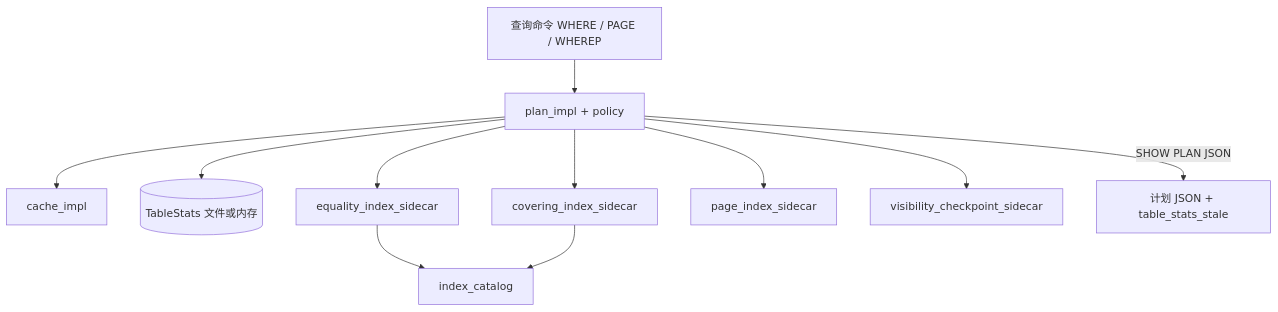
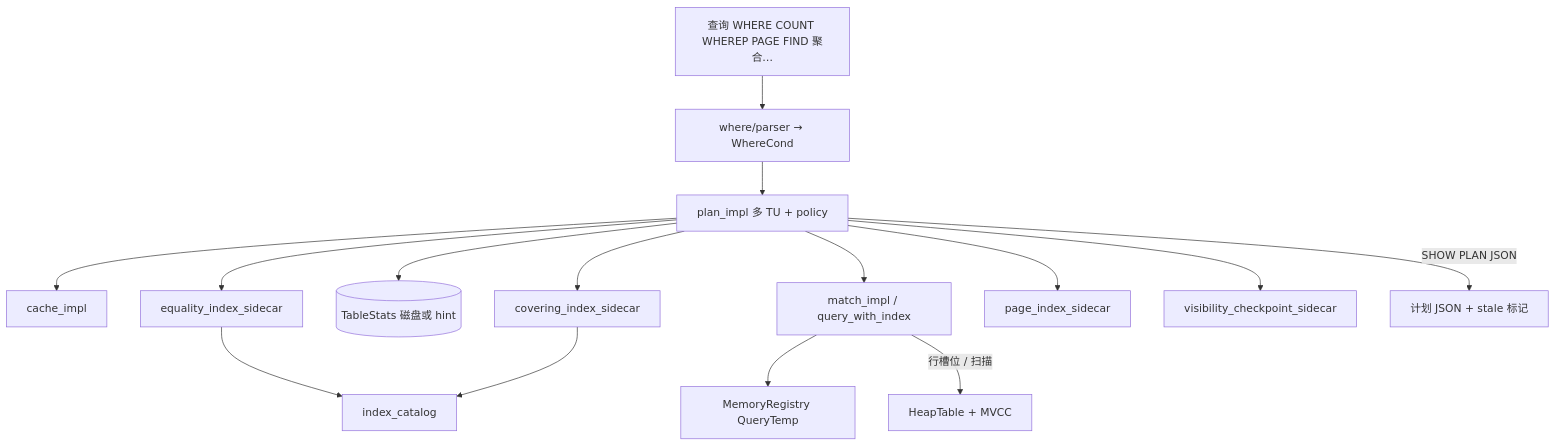
One commit to skyline019/database changed the eighth of 17 diagrams in newdb/docs/architecture/PROJECT_DATAFLOW_WHOLE.md. Above: the diagram before and after it, drawn with Mermaid. The commit also changed other lines of this file, not shown here.

````diff
--- a/newdb/docs/architecture/PROJECT_DATAFLOW_WHOLE.md
+++ b/newdb/docs/architecture/PROJECT_DATAFLOW_WHOLE.md
@@ -281,23 +446,30 @@
 ```mermaid
 flowchart TB
-  Q[查询命令 WHERE / PAGE / WHEREP]
-  P[plan_impl + policy]
+  Q[查询 WHERE COUNT WHEREP PAGE FIND 聚合…]
+  PAR[where/parser → WhereCond]
+  P[plan_impl 多 TU + policy]
   C[cache_impl]
-  ST[(TableStats 文件或内存)]
+  M[match_impl / query_with_index]
+  ST[(TableStats 磁盘或 hint)]
   EQ[equality_index_sidecar]
   CV[covering_index_sidecar]
   PG[page_index_sidecar]
   VS[visibility_checkpoint_sidecar]
   IC[index_catalog]
+  MR[MemoryRegistry QueryTemp]
 
-  Q --> P
+  Q --> PAR
+  PAR --> P
   P --> ST
   P --> C
   P --> EQ
   P --> CV
   P --> PG
   P --> VS
   EQ --> IC
   CV --> IC
-  P -->|SHOW PLAN JSON| J[计划 JSON + table_stats_stale]
+  P --> M
+  M --> MR
+  M -->|行槽位 / 扫描| HT[HeapTable + MVCC]
+  P -->|SHOW PLAN JSON| J[计划 JSON + stale 标记]
 ```
````
